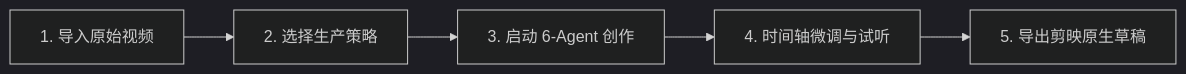
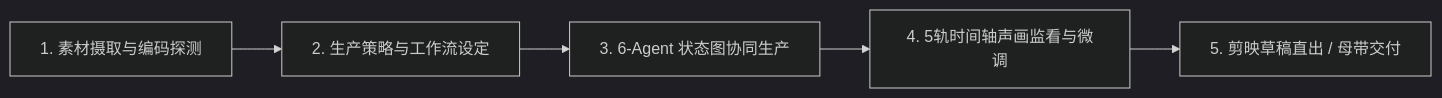
One commit to Agions/dramaxis changed the diagram in docs/guide/getting-started.md. Above: the diagram before and after it, drawn with Mermaid (dark theme). The commit also changed other lines of this file and 95 other files, not shown here.

````diff
--- a/docs/guide/getting-started.md
+++ b/docs/guide/getting-started.md
@@ -37,7 +40,7 @@
 ```mermaid
 graph LR
-    A[1. 导入原始视频] --> B[2. 选择生产策略]
-    B --> C[3. 启动 6-Agent 创作]
-    C --> D[4. 时间轴微调与试听]
-    D --> E[5. 导出剪映原生草稿]
+    A["1. 素材摄取与编码探测"] --> B["2. 生产策略与工作流设定"]
+    B --> C["3. 6-Agent 状态图协同生产"]
+    C --> D["4. 5轨时间轴声画监看与微调"]
+    D --> E["5. 剪映草稿直出 / 母带交付"]
 ```
````
